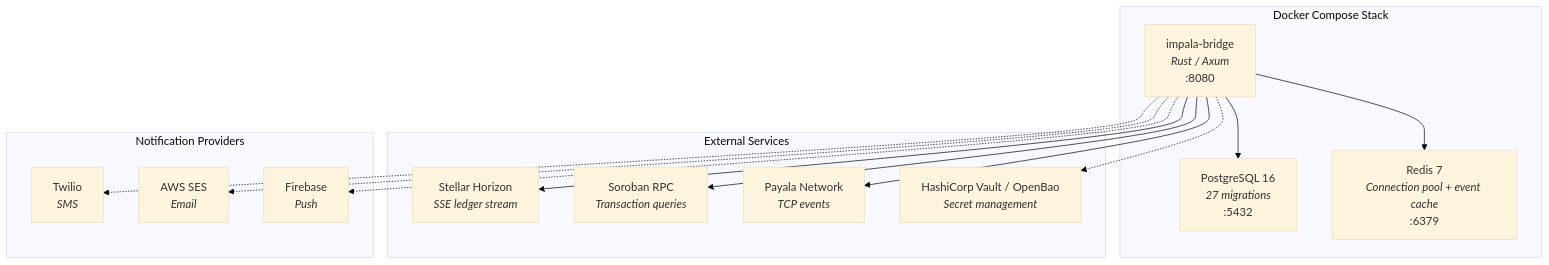
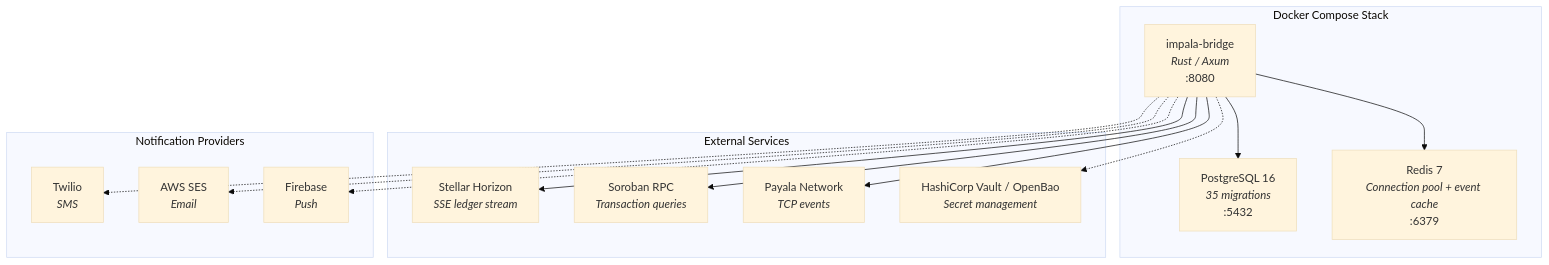
One commit to Financial-Empowerment-Partners/impala changed the tenth of 14 diagrams in ARCHITECTURE.md. Above: the diagram before and after it, drawn with Mermaid (base theme). The commit also changed other lines of this file and 99 other files, not shown here.

````diff
--- a/ARCHITECTURE.md
+++ b/ARCHITECTURE.md
@@ -907,31 +910,31 @@
 ```mermaid
 graph TB
     subgraph DockerCompose["Docker Compose Stack"]
         BridgeContainer["impala-bridge<br/><i>Rust / Axum</i><br/>:8080"]
-        PGContainer["PostgreSQL 16<br/><i>27 migrations</i><br/>:5432"]
+        PGContainer["PostgreSQL 16<br/><i>35 migrations</i><br/>:5432"]
         RedisContainer["Redis 7<br/><i>Connection pool + event cache</i><br/>:6379"]
     end
 
     subgraph External["External Services"]
         Horizon["Stellar Horizon<br/><i>SSE ledger stream</i>"]
         SorobanRPC["Soroban RPC<br/><i>Transaction queries</i>"]
         PayalaTCP["Payala Network<br/><i>TCP events</i>"]
         VaultServer["HashiCorp Vault / OpenBao<br/><i>Secret management</i>"]
     end
 
     subgraph Notifications["Notification Providers"]
         Twilio["Twilio<br/><i>SMS</i>"]
         SES["AWS SES<br/><i>Email</i>"]
         FCMSvc["Firebase<br/><i>Push</i>"]
     end
 
     BridgeContainer --> PGContainer
     BridgeContainer --> RedisContainer
     BridgeContainer --> Horizon
     BridgeContainer --> SorobanRPC
     BridgeContainer --> PayalaTCP
     BridgeContainer -.-> VaultServer
     BridgeContainer -.-> Twilio
     BridgeContainer -.-> SES
     BridgeContainer -.-> FCMSvc
 ```
````
